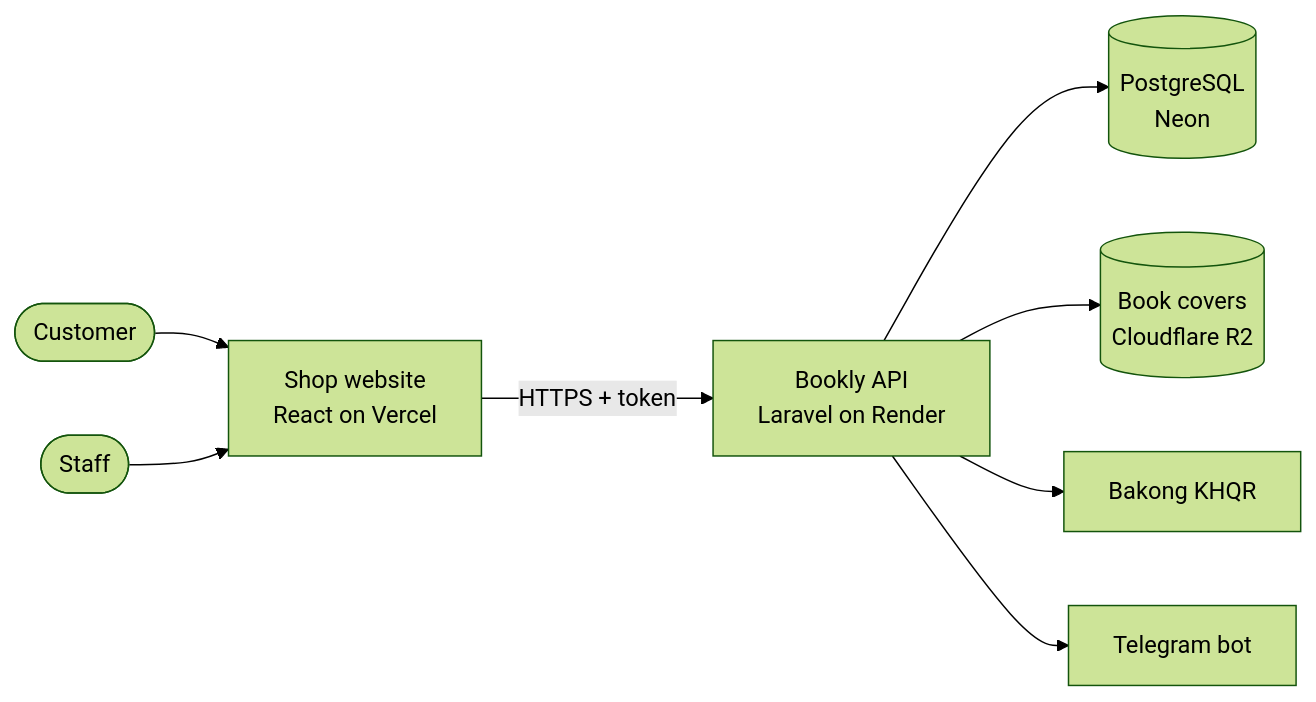
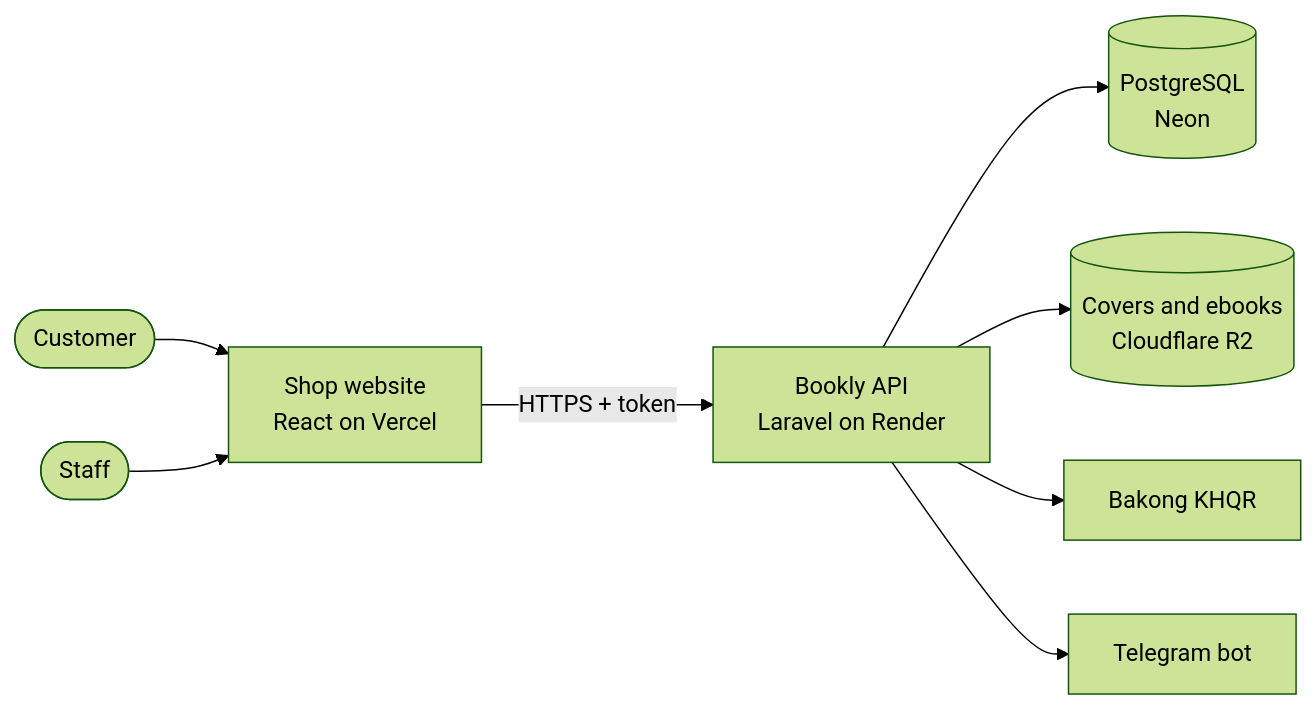
The diagram in README.md (danishsary8/bookly_frontend), drawn with Mermaid (forest theme) before and after one commit. The commit also changed other lines of this file and 1 other file, not shown here.

````diff
--- a/README.md
+++ b/README.md
@@ -88,10 +126,10 @@
 ```mermaid
 flowchart LR
     Customer([Customer]) --> Site[Shop website<br/>React on Vercel]
     Staff([Staff]) --> Site
     Site -->|HTTPS + token| API[Bookly API<br/>Laravel on Render]
     API --> DB[(PostgreSQL<br/>Neon)]
-    API --> R2[(Book covers<br/>Cloudflare R2)]
+    API --> R2[(Covers and ebooks<br/>Cloudflare R2)]
     API --> Bakong[Bakong KHQR]
     API --> Telegram[Telegram bot]
 ```
````
